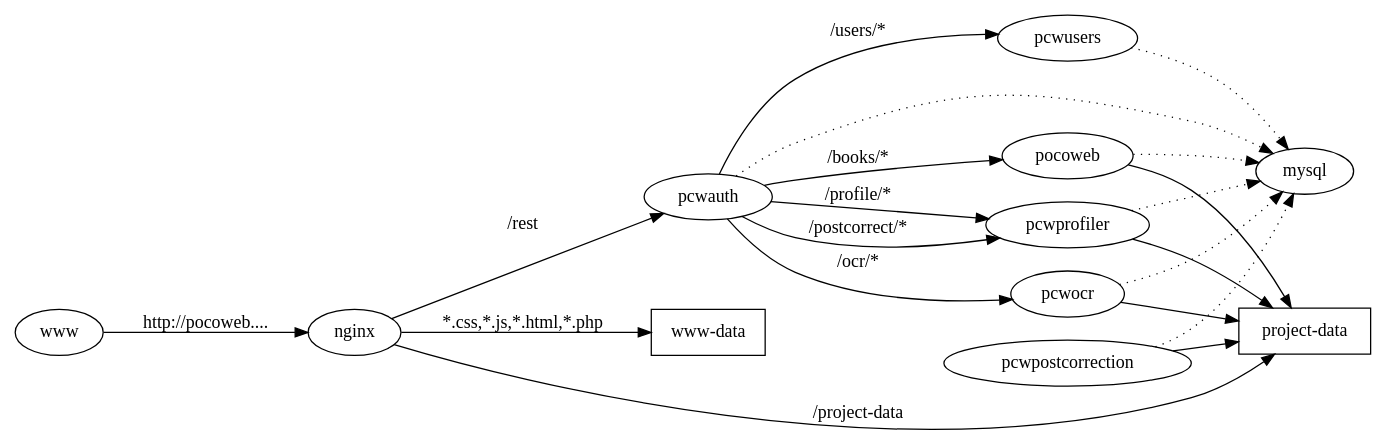
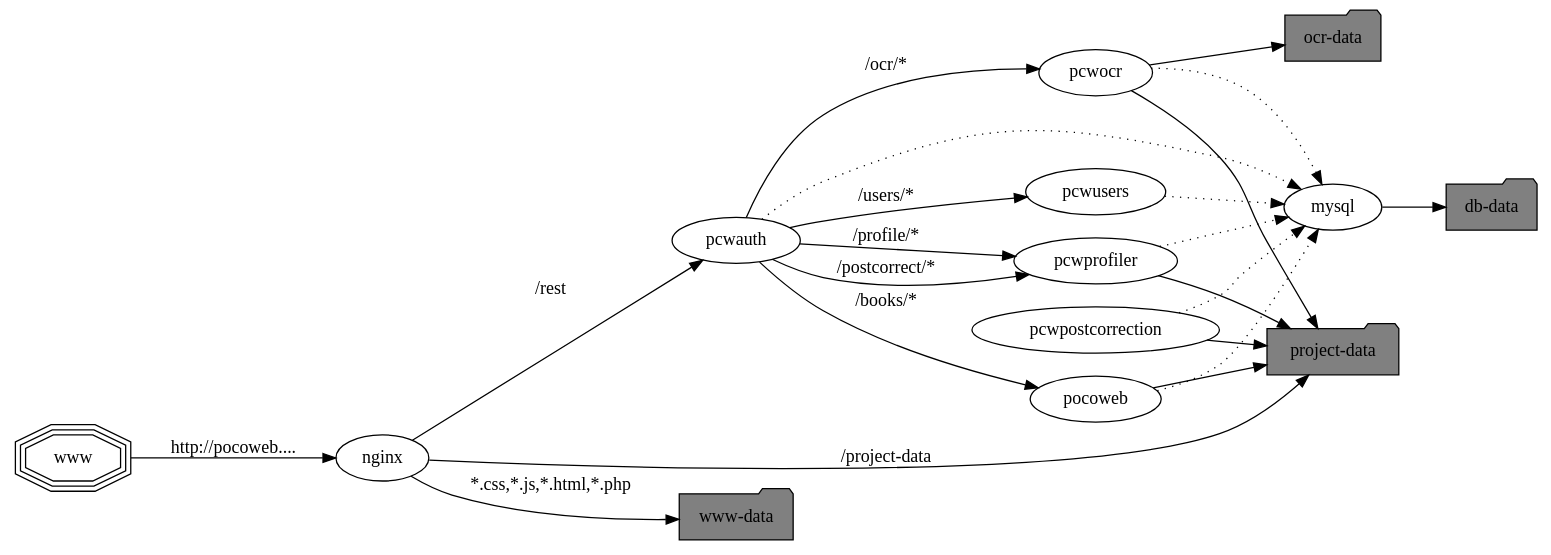
The diagram in frontend/public_html/img/doc/overview.dot (cisocrgroup/pocoweb), drawn with Graphviz before and after one commit. The commit also changed 1 other file, not shown here.

```diff
--- a/frontend/public_html/img/doc/overview.dot
+++ b/frontend/public_html/img/doc/overview.dot
@@ -1,34 +1,38 @@
 digraph ov {
  rankdir=LR;
- www
+ www [shape=tripleoctagon]
  nginx
  pocoweb
  mysql
  pcwauth
  pcwusers
  pcwprofiler
  pcwpostcorrection
  pcwocr
- wwwd [label="www-data" shape=record]
- projectd [label="project-data" shape=record]
+ wwwd [label="www-data" shape=folder fillcolor=gray style=filled]
+ projectd [label="project-data" shape=folder fillcolor=gray style=filled]
+ ocrd [label="ocr-data" shape=folder fillcolor=gray style=filled]
+ dbd [label="db-data" shape=folder fillcolor=gray style=filled]
 
  www -> nginx [label="http://pocoweb...."]
  nginx -> pcwauth [label="/rest"]
  nginx -> projectd [label="/project-data"]
  nginx -> wwwd [label="*.css,*.js,*.html,*.php"]
  pocoweb -> mysql [style=dotted]
  pocoweb -> projectd
  pcwauth -> pocoweb [label="/books/*"]
  pcwauth -> pcwusers [label="/users/*"]
  pcwauth -> pcwocr [label="/ocr/*"]
  pcwauth -> pcwprofiler [label="/profile/*"]
  pcwauth -> pcwprofiler [label="/postcorrect/*"]
  pcwauth -> mysql [style=dotted]
  pcwprofiler -> projectd
  pcwprofiler -> mysql [style=dotted]
  pcwpostcorrection -> projectd
  pcwpostcorrection -> mysql [style=dotted]
  pcwocr -> projectd
  pcwocr -> mysql [style=dotted]
+ pcwocr -> ocrd
  pcwusers -> mysql [style=dotted]
+ mysql -> dbd
 }
```
